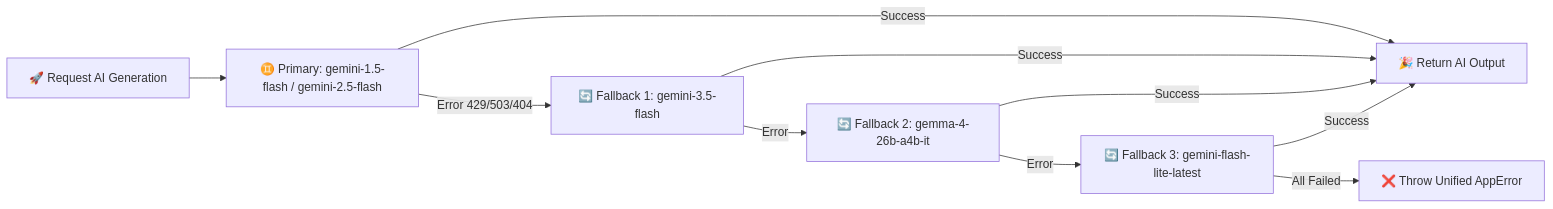
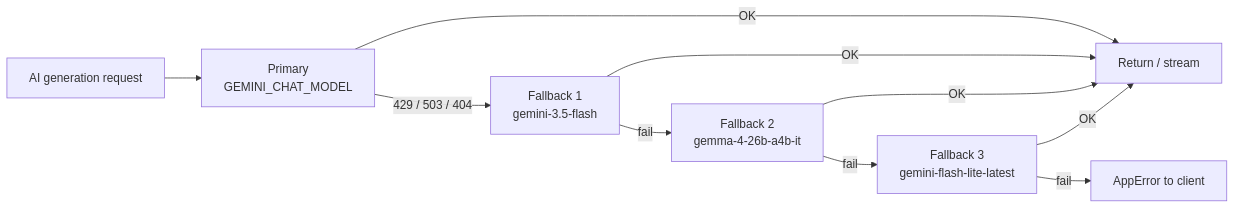
One commit to harsh18082001/ai-pdf-intelligence changed the sixth of 9 diagrams in README.md. Above: the diagram before and after it, drawn with Mermaid. The commit also changed other lines of this file and 1 other file, not shown here.

````diff
--- a/README.md
+++ b/README.md
@@ -150,12 +210,12 @@
 ```mermaid
 flowchart LR
-    A["🚀 Request AI Generation"] --> B["♊ Primary: gemini-1.5-flash / gemini-2.5-flash"]
-    B -- Success --> Z["🎉 Return AI Output"]
-    B -- Error 429/503/404 --> C["🔄 Fallback 1: gemini-3.5-flash"]
-    C -- Success --> Z
-    C -- Error --> D["🔄 Fallback 2: gemma-4-26b-a4b-it"]
-    D -- Success --> Z
-    D -- Error --> E["🔄 Fallback 3: gemini-flash-lite-latest"]
-    E -- Success --> Z
-    E -- All Failed --> F["❌ Throw Unified AppError"]
+    A["AI generation request"] --> B["Primary<br/>GEMINI_CHAT_MODEL"]
+    B -- OK --> Z["Return / stream"]
+    B -- 429 / 503 / 404 --> C["Fallback 1<br/>gemini-3.5-flash"]
+    C -- OK --> Z
+    C -- fail --> D["Fallback 2<br/>gemma-4-26b-a4b-it"]
+    D -- OK --> Z
+    D -- fail --> E["Fallback 3<br/>gemini-flash-lite-latest"]
+    E -- OK --> Z
+    E -- fail --> F["AppError to client"]
 ```
````
